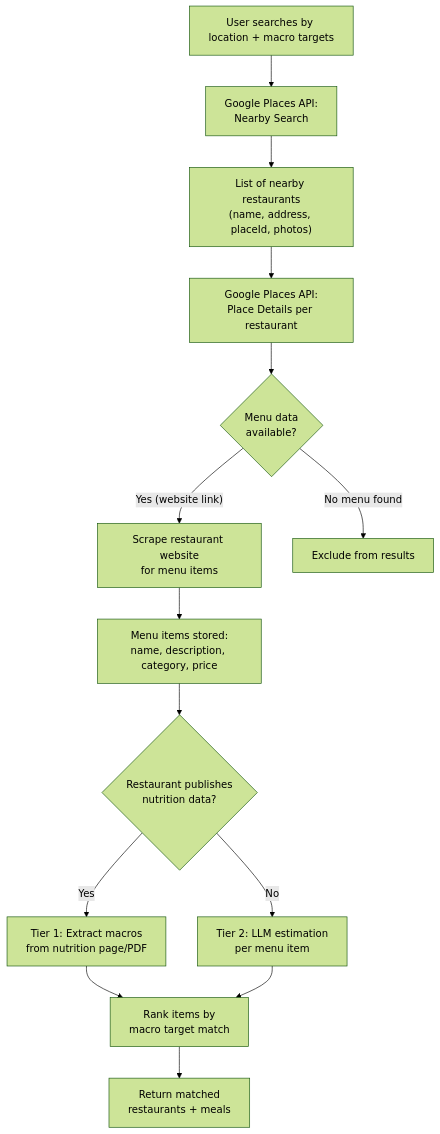
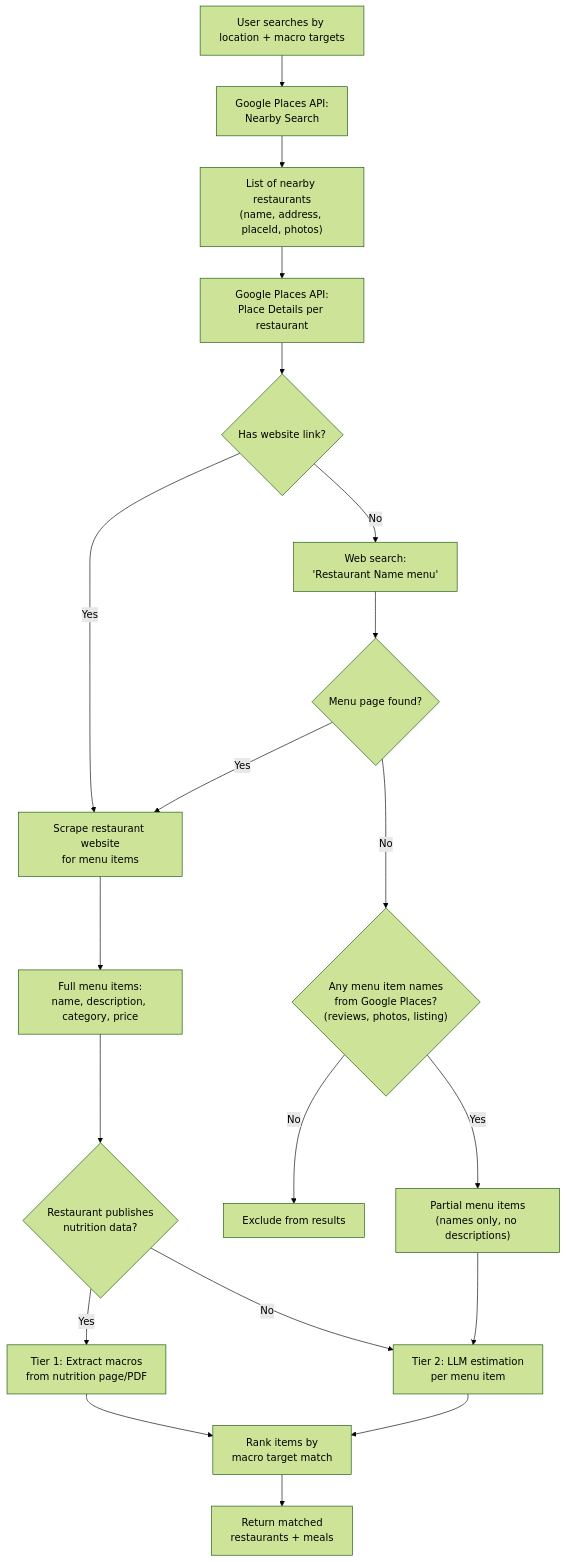
The second of 4 diagrams in docs/engineering/backend/system-design.md (dgmolla/fitsy), drawn with Mermaid (forest theme) before and after one commit.

Commit message:
Add web search fallback and partial menu support to retrieval flow
When Google Places has no website link:
1. Web search for "Restaurant Name menu" to find a menu page
2. If still no menu, check Google Places data for menu item names
   from reviews, photos, or listing info
3. Partial items (names only) go straight to Tier 2 LLM estimation
4. Only exclude if truly nothing is available

This maximizes coverage — even mom-and-pop restaurants with no
website can get Tier 2 estimates from item names alone.

````diff
--- a/docs/engineering/backend/system-design.md
+++ b/docs/engineering/backend/system-design.md
@@ -104,21 +104,30 @@
 ```mermaid
 flowchart TD
     Search["User searches by location + macro targets"]
     Search --> GP["Google Places API:<br/>Nearby Search"]
     GP --> Restaurants["List of nearby restaurants<br/>(name, address, placeId, photos)"]
     Restaurants --> Details["Google Places API:<br/>Place Details per restaurant"]
-    Details --> Menu{"Menu data<br/>available?"}
+    Details --> HasWebsite{"Has website link?"}
 
-    Menu -- "Yes (website link)" --> Scrape["Scrape restaurant website<br/>for menu items"]
-    Menu -- "No menu found" --> Skip["Exclude from results"]
+    HasWebsite -- "Yes" --> Scrape["Scrape restaurant website<br/>for menu items"]
+    HasWebsite -- "No" --> WebSearch["Web search:<br/>'Restaurant Name menu'"]
 
-    Scrape --> Items["Menu items stored:<br/>name, description, category, price"]
+    WebSearch --> WebFound{"Menu page found?"}
+    WebFound -- "Yes" --> Scrape
+    WebFound -- "No" --> GPData{"Any menu item names<br/>from Google Places?<br/>(reviews, photos, listing)"}
+
+    GPData -- "Yes" --> PartialItems["Partial menu items<br/>(names only, no descriptions)"]
+    GPData -- "No" --> Skip["Exclude from results"]
+
+    Scrape --> Items["Full menu items:<br/>name, description, category, price"]
     Items --> NutritionCheck{"Restaurant publishes<br/>nutrition data?"}
 
     NutritionCheck -- "Yes" --> Tier1["Tier 1: Extract macros<br/>from nutrition page/PDF"]
     NutritionCheck -- "No" --> Tier2["Tier 2: LLM estimation<br/>per menu item"]
 
+    PartialItems --> Tier2
+
     Tier1 --> Ranked["Rank items by<br/>macro target match"]
     Tier2 --> Ranked
     Ranked --> Results["Return matched<br/>restaurants + meals"]
 ```
````
